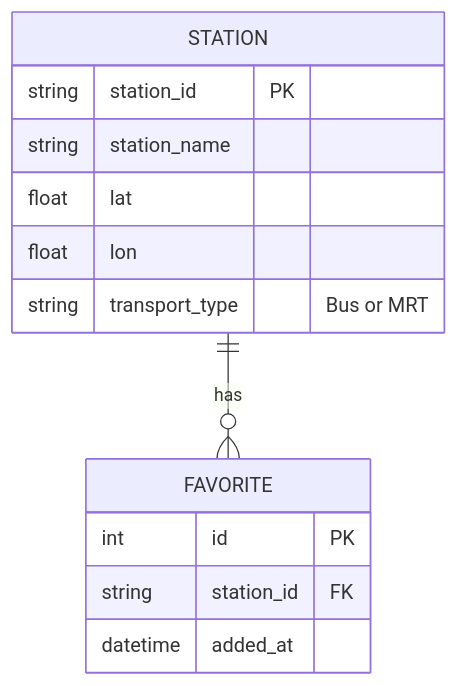
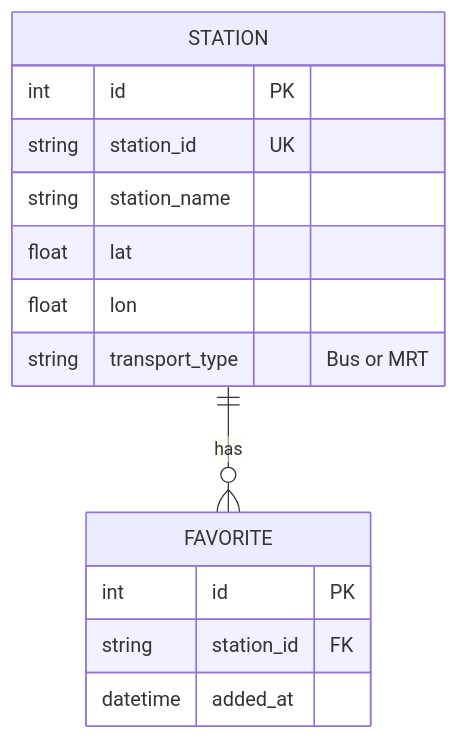
The diagram in docs/DB_DESIGN.md (D1445416/create-app), drawn with Mermaid before and after one commit. The commit also changed other lines of this file and 10 other files, not shown here.

````diff
--- a/docs/DB_DESIGN.md
+++ b/docs/DB_DESIGN.md
@@ -4,16 +4,17 @@
 ```mermaid
 erDiagram
     STATION {
-        string station_id PK
+        int id PK
+        string station_id UK
         string station_name
         float lat
         float lon
         string transport_type "Bus or MRT"
     }
     FAVORITE {
         int id PK
         string station_id FK
         datetime added_at
     }
     STATION ||--o{ FAVORITE : "has"
 ```
````
